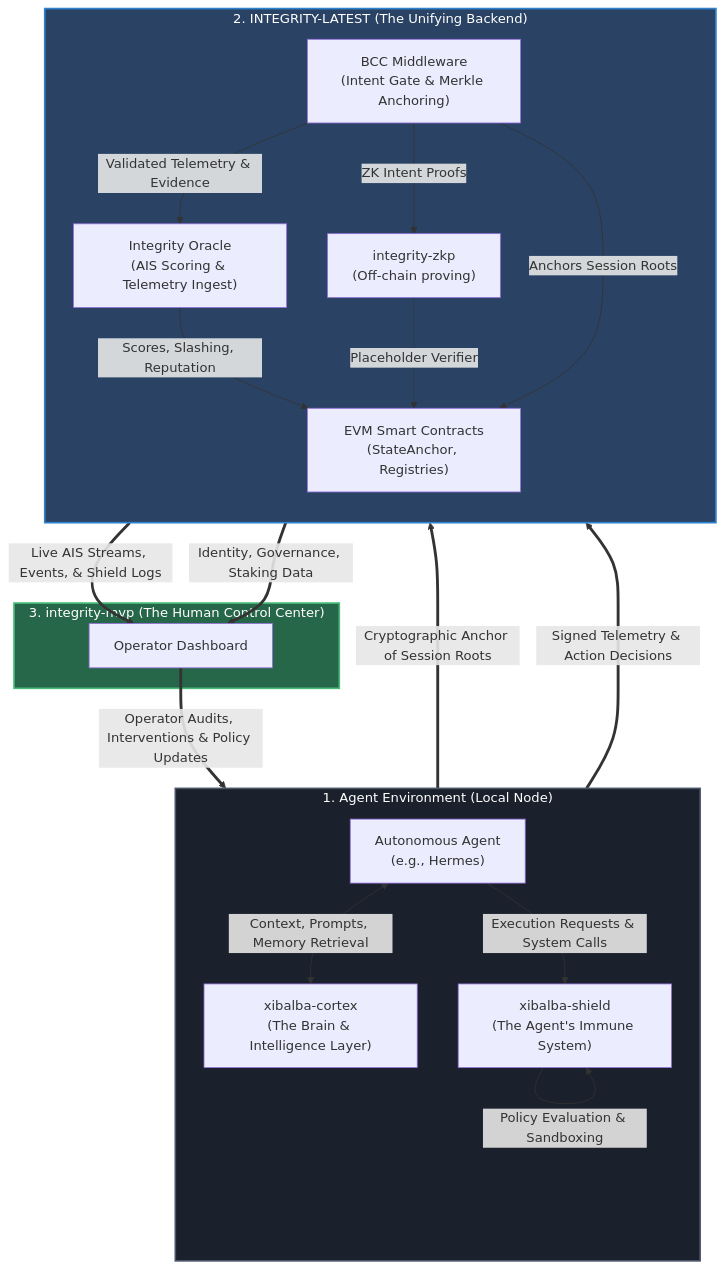
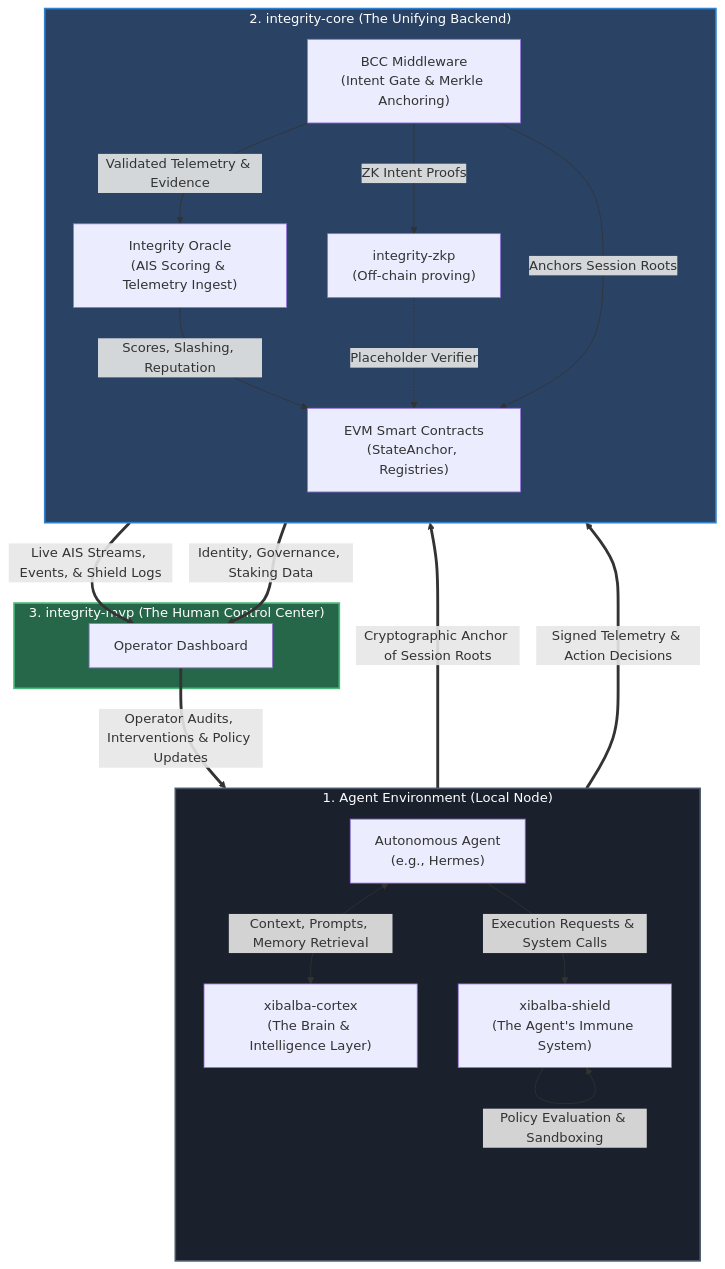
One commit to XibalbaTechSol/integrity-core changed the first of 2 diagrams in SPECIFICATION.md. Above: the diagram before and after it, drawn with Mermaid. The commit also changed other lines of this file and 36 other files, not shown here.

First line of the commit message:
Rename project: INTEGRITY-LATEST -> integrity-core

````diff
--- a/SPECIFICATION.md
+++ b/SPECIFICATION.md
@@ -35,47 +35,47 @@
 ```mermaid
 flowchart TD
     subgraph AgentEnvironment["1. Agent Environment (Local Node)"]
         direction TB
         Agent["Autonomous Agent<br/>(e.g., Hermes)"]
         Memory["xibalba-cortex<br/>(The Brain & Intelligence Layer)"]
         Shield["xibalba-shield<br/>(The Agent's Immune System)"]
 
         Agent <-->|Context, Prompts, Memory Retrieval| Memory
         Agent -->|Execution Requests & System Calls| Shield
         Shield -->|Policy Evaluation & Sandboxing| Shield
     end
 
-    subgraph ProtocolLayer["2. INTEGRITY-LATEST (The Unifying Backend)"]
+    subgraph ProtocolLayer["2. integrity-core (The Unifying Backend)"]
         direction TB
         BCC["BCC Middleware<br/>(Intent Gate & Merkle Anchoring)"]
         Oracle["Integrity Oracle<br/>(AIS Scoring & Telemetry Ingest)"]
         Chain["EVM Smart Contracts<br/>(StateAnchor, Registries)"]
         ZK["integrity-zkp<br/>(Off-chain proving)"]
 
         BCC -->|Validated Telemetry & Evidence| Oracle
         Oracle -->|Scores, Slashing, Reputation| Chain
         BCC -->|ZK Intent Proofs| ZK
         ZK -.->|Placeholder Verifier| Chain
         BCC -->|Anchors Session Roots| Chain
     end
 
     subgraph PresentationLayer["3. integrity-mvp (The Human Control Center)"]
         MVP["Operator Dashboard"]
     end
 
     %% The Closed Loop Connections
     Memory ==>|Cryptographic Anchor of Session Roots| BCC
     Shield ==>|Signed Telemetry & Action Decisions| BCC
 
     Oracle ==>|Live AIS Streams, Events, & Shield Logs| MVP
     Chain ==>|Identity, Governance, Staking Data| MVP
     MVP ==>|Operator Audits, Interventions & Policy Updates| Agent
 
     classDef env fill:#1a202c,stroke:#4a5568,stroke-width:2px,color:#fff
     classDef core fill:#2a4365,stroke:#3182ce,stroke-width:2px,color:#fff
     classDef ui fill:#276749,stroke:#48bb78,stroke-width:2px,color:#fff
 
     class AgentEnvironment env
     class ProtocolLayer core
     class PresentationLayer ui
 ```
````
